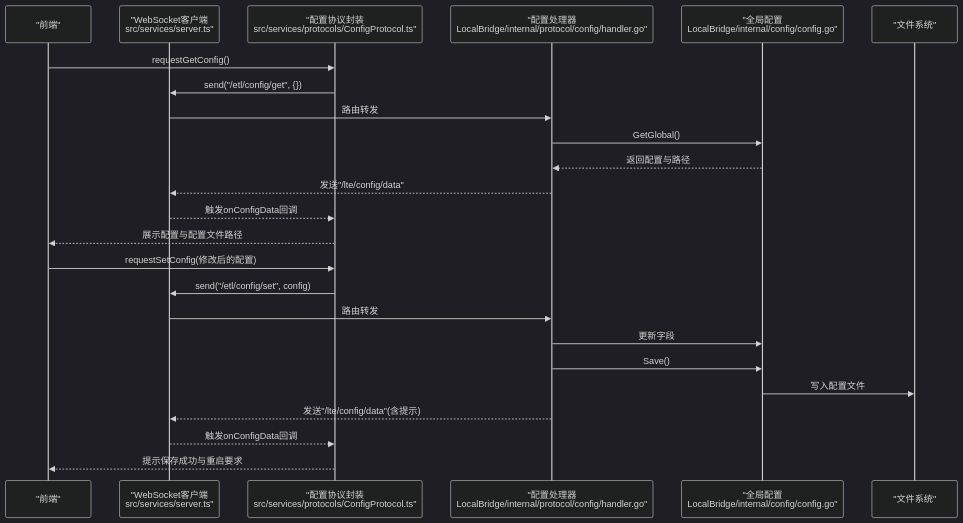
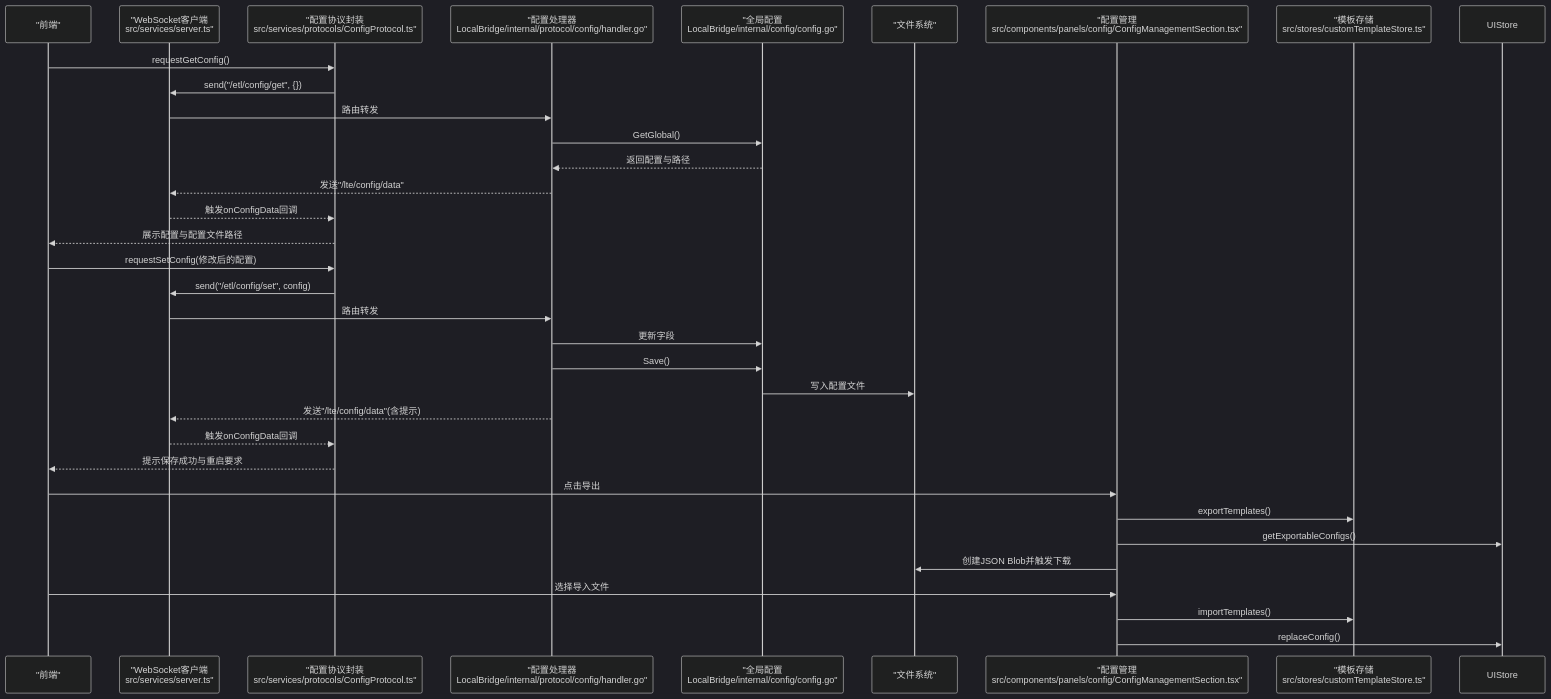
Before and after one commit to kqcoxn/MaaPipelineEditor: the second of 8 diagrams in .qoder/repowiki/zh/content/核心概念/配置持久化.md, drawn with Mermaid (dark theme). The commit also changed other lines of this file and 10 other files, not shown here.

````diff
--- a/.qoder/repowiki/zh/content/核心概念/配置持久化.md
+++ b/.qoder/repowiki/zh/content/核心概念/配置持久化.md
@@ -122,26 +145,35 @@
 ```mermaid
 sequenceDiagram
 participant FE as "前端"
 participant WS as "WebSocket客户端<br/>src/services/server.ts"
 participant Proto as "配置协议封装<br/>src/services/protocols/ConfigProtocol.ts"
 participant Handler as "配置处理器<br/>LocalBridge/internal/protocol/config/handler.go"
 participant Cfg as "全局配置<br/>LocalBridge/internal/config/config.go"
 participant FS as "文件系统"
+participant ConfigMgmt as "配置管理<br/>src/components/panels/config/ConfigManagementSection.tsx"
+participant TemplateStore as "模板存储<br/>src/stores/customTemplateStore.ts"
 FE->>Proto : requestGetConfig()
 Proto->>WS : send("/etl/config/get", {})
 WS->>Handler : 路由转发
 Handler->>Cfg : GetGlobal()
 Cfg-->>Handler : 返回配置与路径
 Handler-->>WS : 发送"/lte/config/data"
 WS-->>Proto : 触发onConfigData回调
 Proto-->>FE : 展示配置与配置文件路径
 FE->>Proto : requestSetConfig(修改后的配置)
 Proto->>WS : send("/etl/config/set", config)
 WS->>Handler : 路由转发
 Handler->>Cfg : 更新字段
 Handler->>Cfg : Save()
 Cfg->>FS : 写入配置文件
 Handler-->>WS : 发送"/lte/config/data"(含提示)
 WS-->>Proto : 触发onConfigData回调
 Proto-->>FE : 提示保存成功与重启要求
+FE->>ConfigMgmt : 点击导出
+ConfigMgmt->>TemplateStore : exportTemplates()
+ConfigMgmt->>UIStore : getExportableConfigs()
+ConfigMgmt->>FS : 创建JSON Blob并触发下载
+FE->>ConfigMgmt : 选择导入文件
+ConfigMgmt->>TemplateStore : importTemplates()
+ConfigMgmt->>UIStore : replaceConfig()
 ```
````
